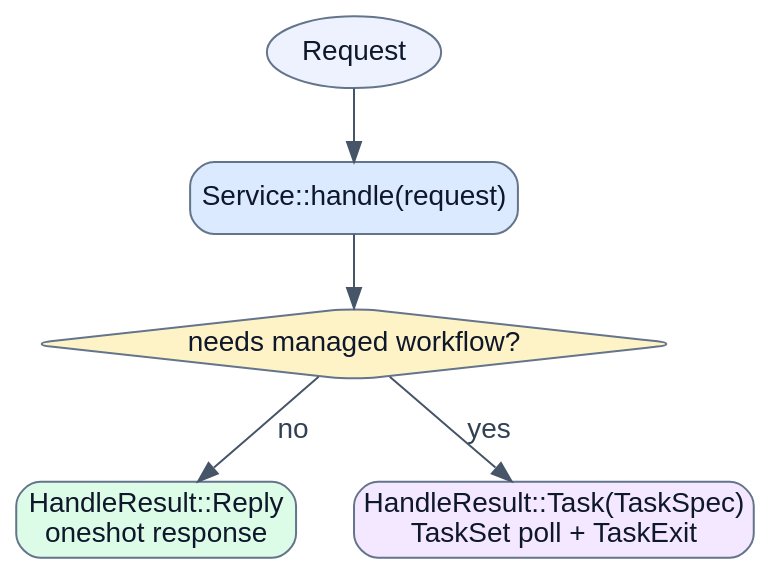
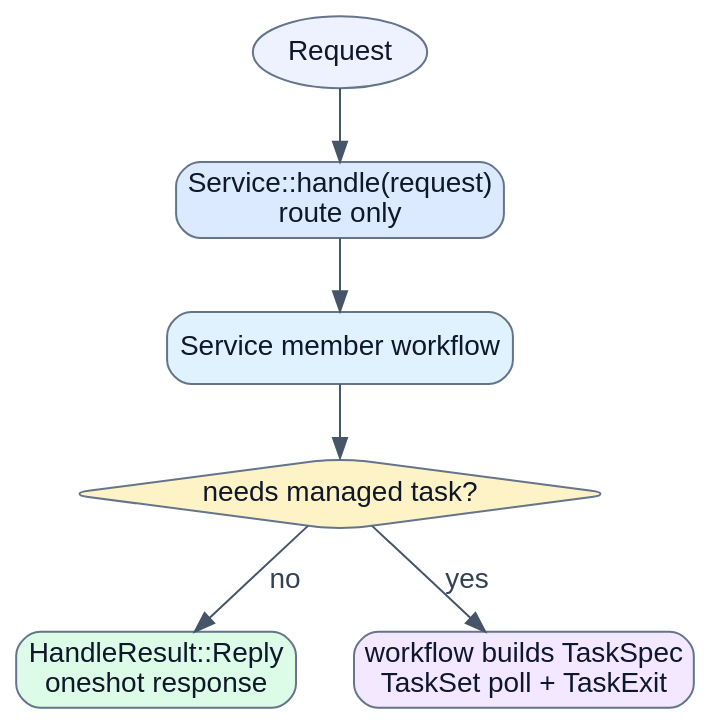
The diagram in docs/diagrams/task-decision.dot (limushu/runtime), drawn with Graphviz before and after one commit. The commit also changed 10 other files, not shown here.

```diff
--- a/docs/diagrams/task-decision.dot
+++ b/docs/diagrams/task-decision.dot
@@ -1,13 +1,14 @@
 digraph decision {
   graph [rankdir=TB, bgcolor="transparent", pad=0.3, nodesep=0.4, ranksep=0.5];
   node [shape=box, style="rounded,filled", fontname="Arial", color="#64748b", fillcolor="#f8fafc", fontcolor="#0f172a"];
   edge [fontname="Arial", color="#475569", fontcolor="#334155"];
   request [label="Request", shape=oval, fillcolor="#eef2ff"];
-  handle [label="Service::handle(request)", fillcolor="#dbeafe"];
-  choice [label="needs managed workflow?", shape=diamond, fillcolor="#fef3c7"];
+  handle [label="Service::handle(request)\nroute only", fillcolor="#dbeafe"];
+  workflow [label="Service member workflow", fillcolor="#e0f2fe"];
+  choice [label="needs managed task?", shape=diamond, fillcolor="#fef3c7"];
   reply [label="HandleResult::Reply\noneshot response", fillcolor="#dcfce7"];
-  task [label="HandleResult::Task(TaskSpec)\nTaskSet poll + TaskExit", fillcolor="#f3e8ff"];
-  request -> handle -> choice;
+  task [label="workflow builds TaskSpec\nTaskSet poll + TaskExit", fillcolor="#f3e8ff"];
+  request -> handle -> workflow -> choice;
   choice -> reply [label=" no"];
   choice -> task [label=" yes"];
 }
```
